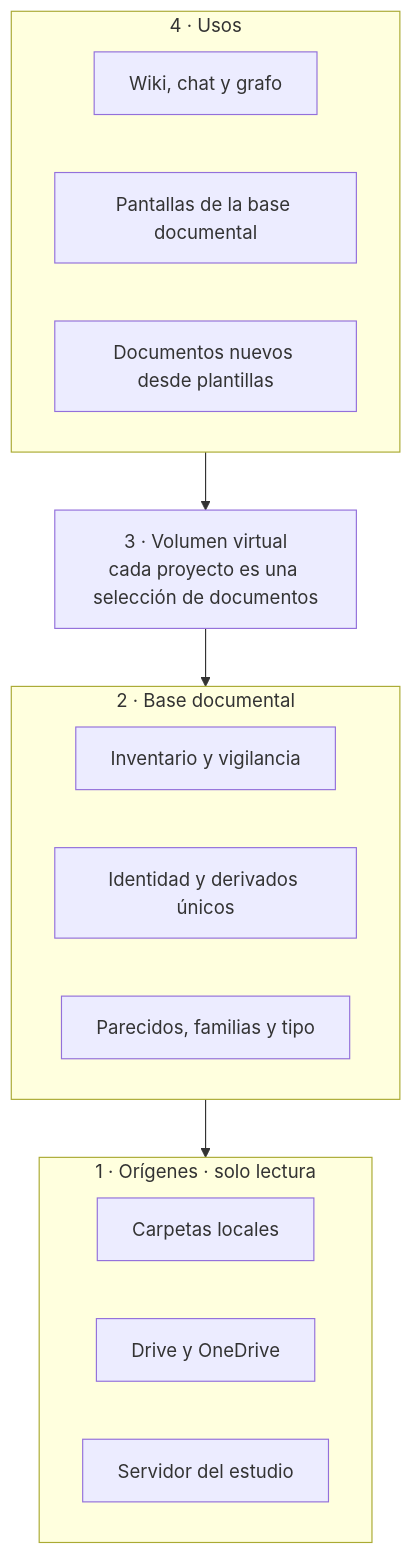
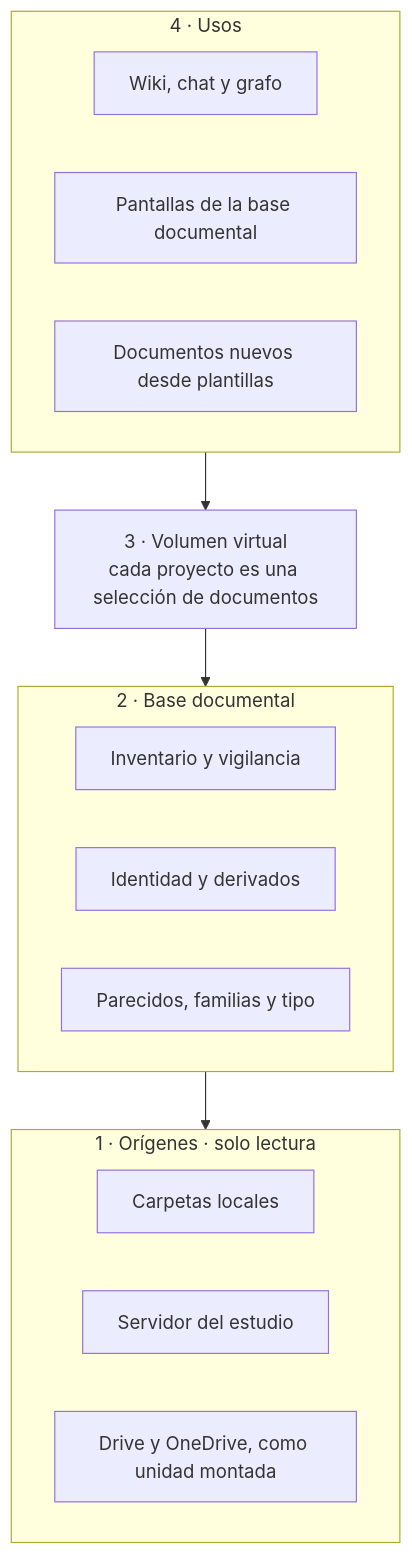
Before and after one commit to Micelya/llm_wiki: the second of 7 diagrams in docs/design/base-documental.md, drawn with Mermaid. The commit also changed other lines of this file and 2 other files, not shown here.

````diff
--- a/docs/design/base-documental.md
+++ b/docs/design/base-documental.md
@@ -50,20 +61,20 @@
 ```mermaid
 flowchart TB
     subgraph U["4 · Usos"]
         W[Wiki, chat y grafo]
         P[Pantallas de la base documental]
         G[Documentos nuevos desde plantillas]
     end
     V["3 · Volumen virtual<br/>cada proyecto es una selección de documentos"]
     subgraph B["2 · Base documental"]
         I[Inventario y vigilancia]
-        D[Identidad y derivados únicos]
+        D[Identidad y derivados]
         R[Parecidos, familias y tipo]
     end
     subgraph O["1 · Orígenes · solo lectura"]
         L[Carpetas locales]
-        C[Drive y OneDrive]
         S[Servidor del estudio]
+        C[Drive y OneDrive, como unidad montada]
     end
     U --> V --> B --> O
 ```
````
